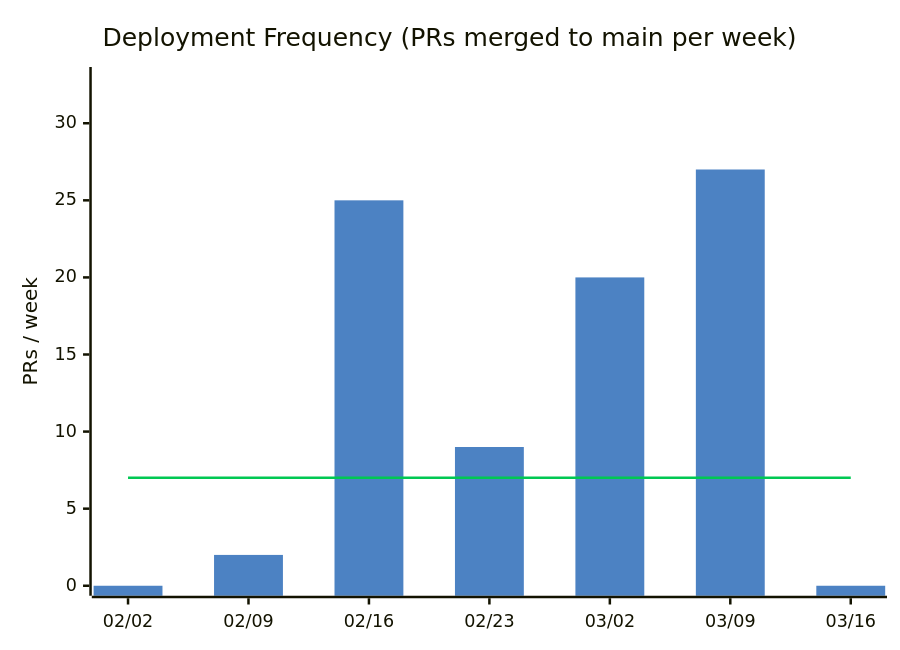
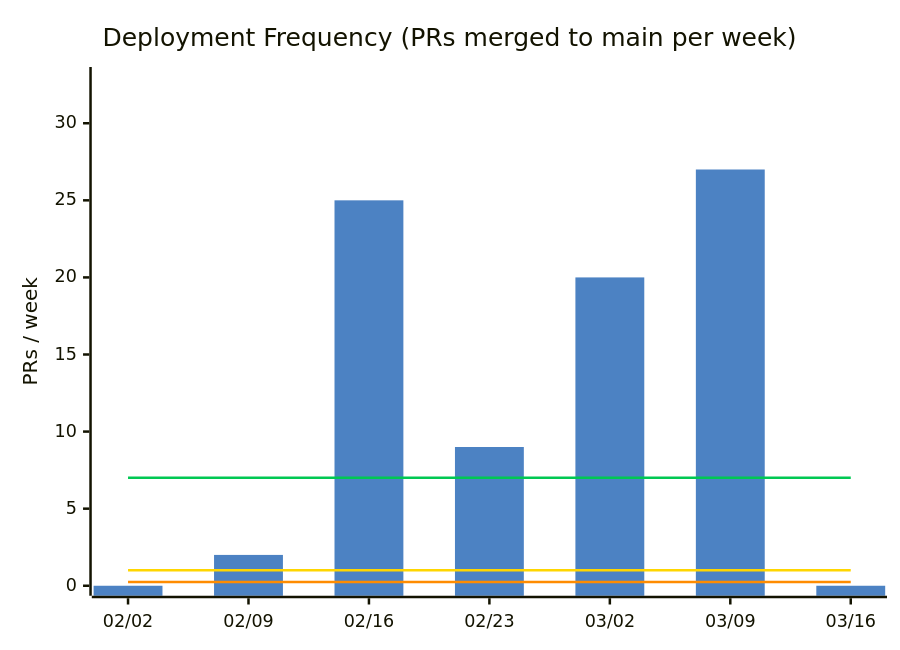
The first of 11 diagrams in docs/metrics.md (nablarch/nabledge-dev), drawn with Mermaid before and after one commit. The commit also changed other lines of this file, not shown here.

````diff
--- a/docs/metrics.md
+++ b/docs/metrics.md
@@ -44,9 +9,11 @@
 ```mermaid
-%%{init: {'theme': 'base', 'themeVariables': {'xyChart': {'plotColorPalette': '#4C82C3,#00C853'}}}}%%
+%%{init: {'theme': 'base', 'themeVariables': {'xyChart': {'plotColorPalette': '#4C82C3,#00C853,#FFD600,#FF8C00'}}}}%%
 xychart-beta
   title "Deployment Frequency (PRs merged to main per week)"
   x-axis ["02/02", "02/09", "02/16", "02/23", "03/02", "03/09", "03/16"]
   y-axis "PRs / week" 0 --> 33
   bar [0, 2, 25, 9, 20, 27, 0]
   line [7, 7, 7, 7, 7, 7, 7]
+  line [1, 1, 1, 1, 1, 1, 1]
+  line [0.25, 0.25, 0.25, 0.25, 0.25, 0.25, 0.25]
 ```
````
